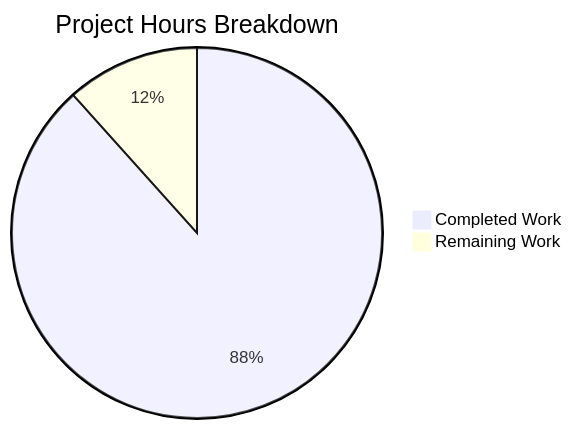
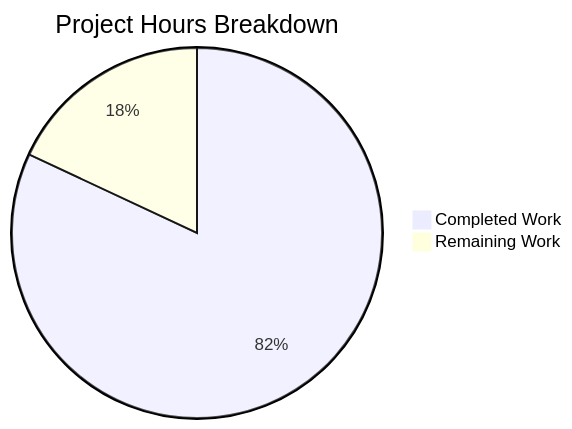
Before and after one commit to Blitzy-Sandbox/blitzy-RudderStack: the second of 2 diagrams in blitzy/documentation/Project Guide.md, drawn with Mermaid. The commit also changed other lines of this file, not shown here.

Commit message:
Adding Blitzy Project Guide: Project Status and Human Tasks Remaining

````diff
--- a/blitzy/documentation/Project Guide.md
+++ b/blitzy/documentation/Project Guide.md
@@ -276,5 +294,5 @@
 ```mermaid
 pie title Project Hours Breakdown
-    "Completed Work" : 410
-    "Remaining Work" : 54
+    "Completed Work" : 300
+    "Remaining Work" : 66
 ```
````
